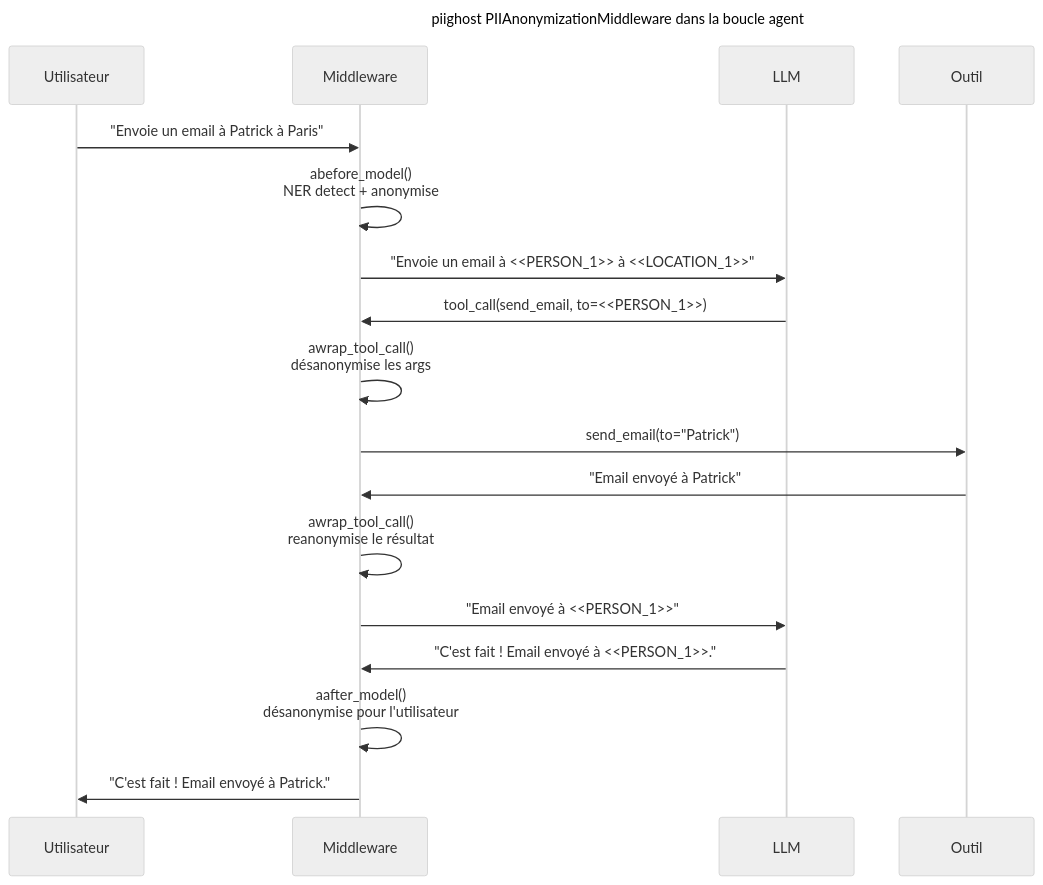
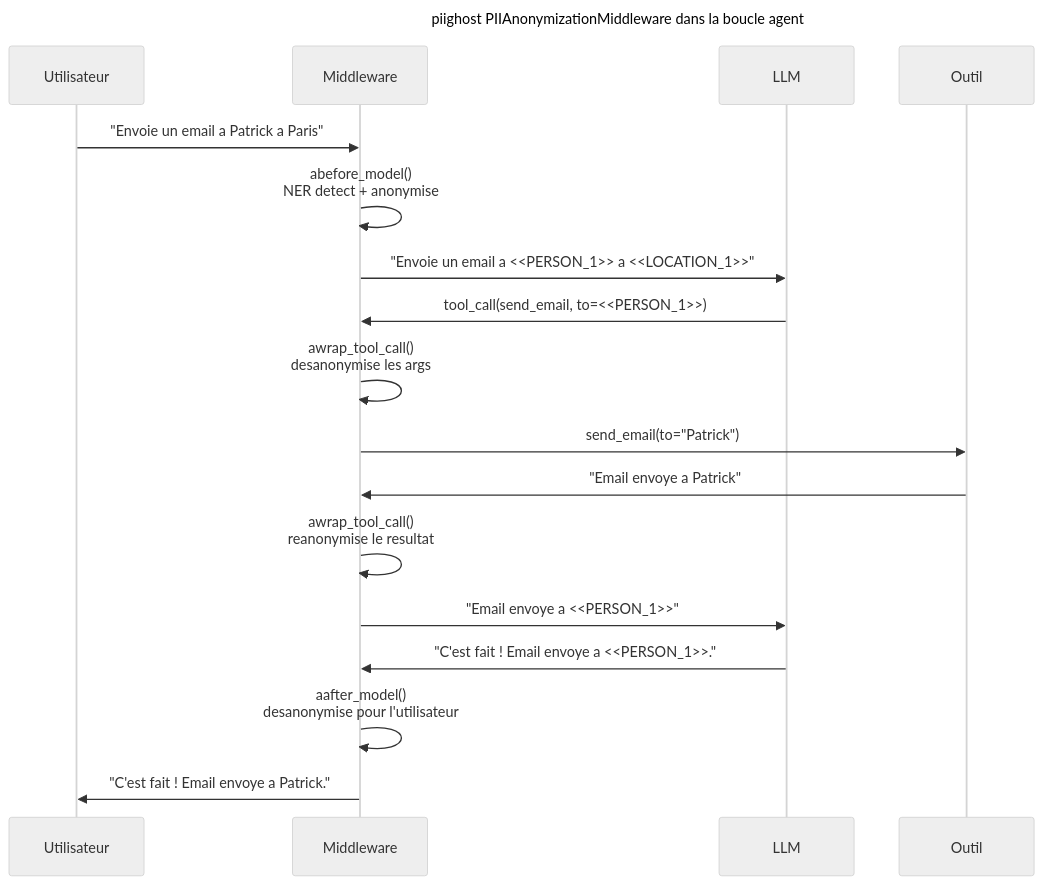
Before and after one commit to Athroniaeth/piighost: the second of 2 diagrams in docs/fr/architecture.md, drawn with Mermaid (neutral theme). The commit also changed other lines of this file and 32 other files, not shown here.

Commit message:
docs: rewrite all documentation for new architecture

````diff
--- a/docs/fr/architecture.md
+++ b/docs/fr/architecture.md
@@ -117,23 +124,23 @@
 ```mermaid
 ---
 title: "piighost PIIAnonymizationMiddleware dans la boucle agent"
 ---
 sequenceDiagram
     participant U as Utilisateur
     participant M as Middleware
     participant L as LLM
     participant T as Outil
 
-    U->>M: "Envoie un email à Patrick à Paris"
+    U->>M: "Envoie un email a Patrick a Paris"
     M->>M: abefore_model()<br/>NER detect + anonymise
-    M->>L: "Envoie un email à <<PERSON_1>> à <<LOCATION_1>>"
+    M->>L: "Envoie un email a <<PERSON_1>> a <<LOCATION_1>>"
     L->>M: tool_call(send_email, to=<<PERSON_1>>)
-    M->>M: awrap_tool_call()<br/>désanonymise les args
+    M->>M: awrap_tool_call()<br/>desanonymise les args
     M->>T: send_email(to="Patrick")
-    T->>M: "Email envoyé à Patrick"
-    M->>M: awrap_tool_call()<br/>reanonymise le résultat
-    M->>L: "Email envoyé à <<PERSON_1>>"
-    L->>M: "C'est fait ! Email envoyé à <<PERSON_1>>."
-    M->>M: aafter_model()<br/>désanonymise pour l'utilisateur
-    M->>U: "C'est fait ! Email envoyé à Patrick."
+    T->>M: "Email envoye a Patrick"
+    M->>M: awrap_tool_call()<br/>reanonymise le resultat
+    M->>L: "Email envoye a <<PERSON_1>>"
+    L->>M: "C'est fait ! Email envoye a <<PERSON_1>>."
+    M->>M: aafter_model()<br/>desanonymise pour l'utilisateur
+    M->>U: "C'est fait ! Email envoye a Patrick."
 ```
````
